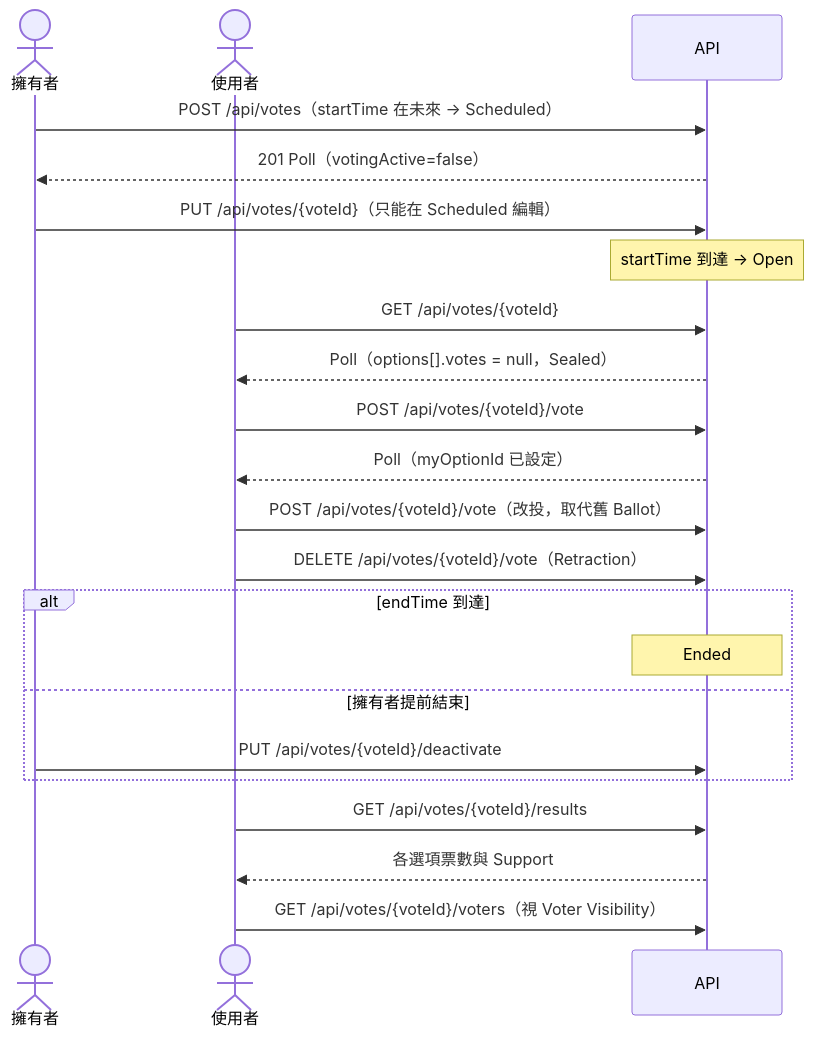
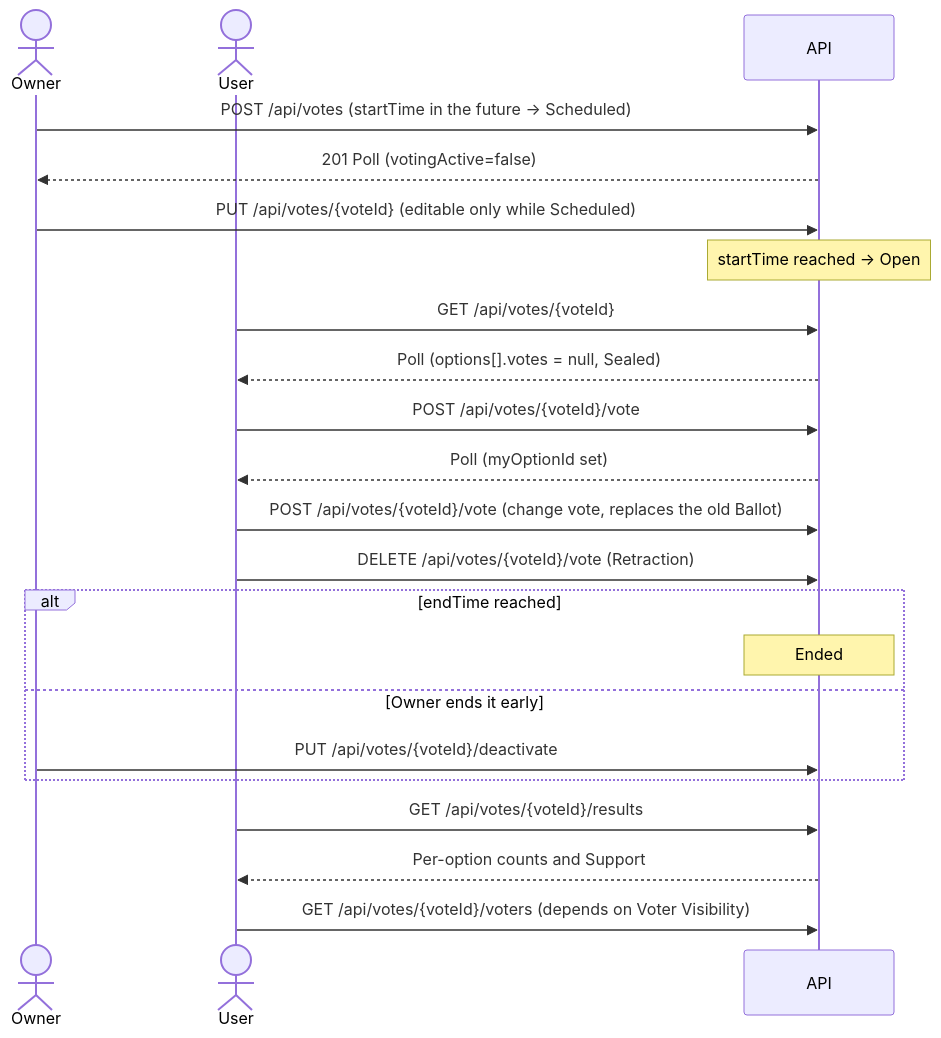
The diagram in docs/frontend/flows/poll-lifecycle.md (vomatt/vomatt-api), drawn with Mermaid before and after one commit. The commit also changed other lines of this file and 91 other files, not shown here.

````diff
--- a/docs/frontend/flows/poll-lifecycle.md
+++ b/docs/frontend/flows/poll-lifecycle.md
@@ -11,24 +11,24 @@
 ```mermaid
 sequenceDiagram
-    actor Owner as 擁有者
-    actor User as 使用者
+    actor Owner as Owner
+    actor User as User
     participant API
-    Owner->>API: POST /api/votes（startTime 在未來 → Scheduled）
-    API-->>Owner: 201 Poll（votingActive=false）
-    Owner->>API: PUT /api/votes/{voteId}（只能在 Scheduled 編輯）
-    Note over API: startTime 到達 → Open
+    Owner->>API: POST /api/votes (startTime in the future -> Scheduled)
+    API-->>Owner: 201 Poll (votingActive=false)
+    Owner->>API: PUT /api/votes/{voteId} (editable only while Scheduled)
+    Note over API: startTime reached -> Open
     User->>API: GET /api/votes/{voteId}
-    API-->>User: Poll（options[].votes = null，Sealed）
+    API-->>User: Poll (options[].votes = null, Sealed)
     User->>API: POST /api/votes/{voteId}/vote
-    API-->>User: Poll（myOptionId 已設定）
-    User->>API: POST /api/votes/{voteId}/vote（改投，取代舊 Ballot）
-    User->>API: DELETE /api/votes/{voteId}/vote（Retraction）
-    alt endTime 到達
+    API-->>User: Poll (myOptionId set)
+    User->>API: POST /api/votes/{voteId}/vote (change vote, replaces the old Ballot)
+    User->>API: DELETE /api/votes/{voteId}/vote (Retraction)
+    alt endTime reached
         Note over API: Ended
-    else 擁有者提前結束
+    else Owner ends it early
         Owner->>API: PUT /api/votes/{voteId}/deactivate
     end
     User->>API: GET /api/votes/{voteId}/results
-    API-->>User: 各選項票數與 Support
-    User->>API: GET /api/votes/{voteId}/voters（視 Voter Visibility）
+    API-->>User: Per-option counts and Support
+    User->>API: GET /api/votes/{voteId}/voters (depends on Voter Visibility)
 ```
````
